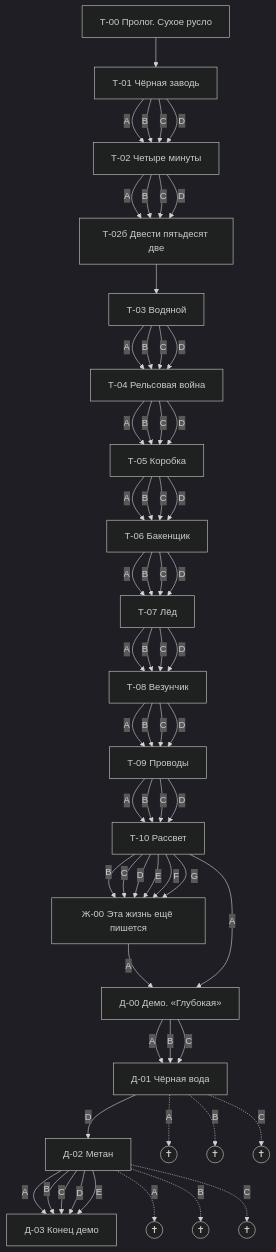
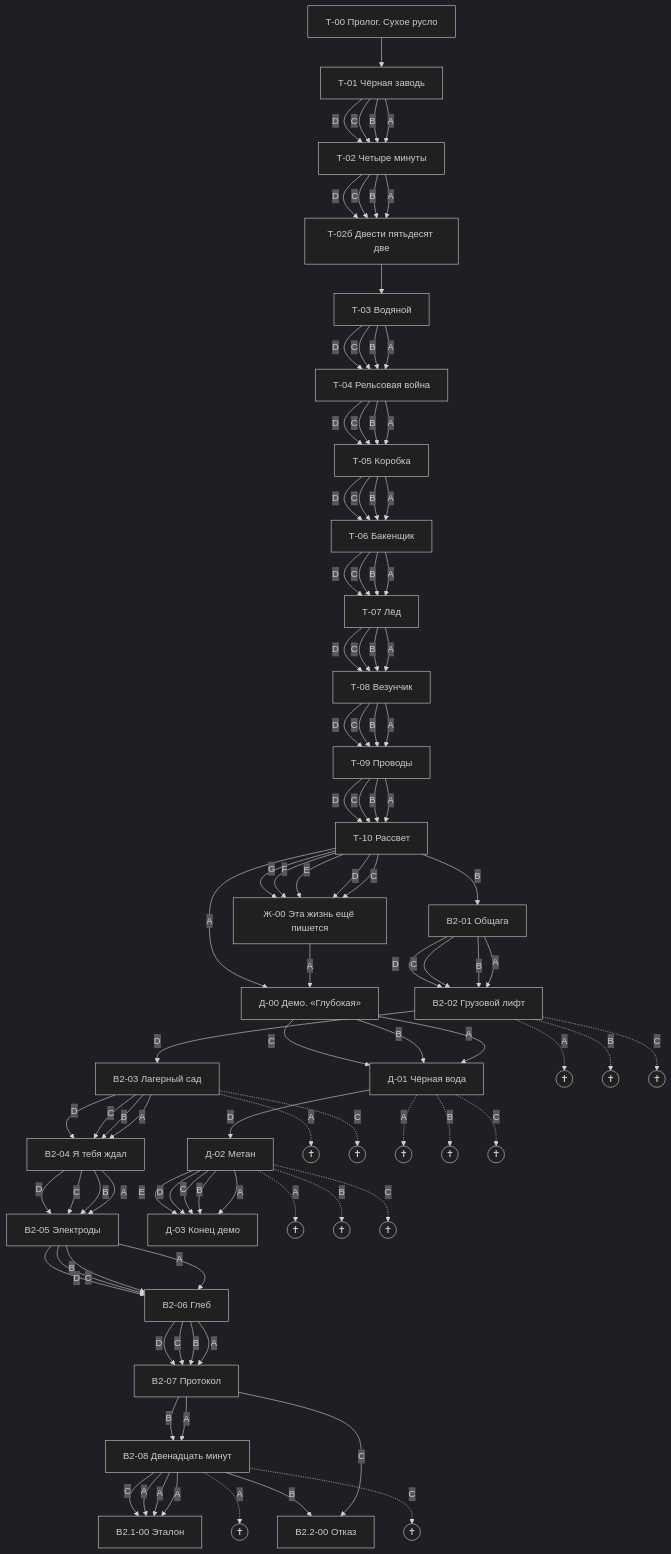
Before and after one commit to Basker24/quantum-quest: the diagram in docs/generated/report.md, drawn with Mermaid (dark theme). The commit also changed other lines of this file and 22 other files, not shown here.

````diff
--- a/docs/generated/report.md
+++ b/docs/generated/report.md
@@ -11,5 +11,15 @@
 ```mermaid
 flowchart TD
+  В2_01["В2-01 Общага"]
+  В2_02["В2-02 Грузовой лифт"]
+  В2_03["В2-03 Лагерный сад"]
+  В2_04["В2-04 Я тебя ждал"]
+  В2_05["В2-05 Электроды"]
+  В2_06["В2-06 Глеб"]
+  В2_07["В2-07 Протокол"]
+  В2_08["В2-08 Двенадцать минут"]
+  В2.1_00["В2.1-00 Эталон"]
+  В2.2_00["В2.2-00 Отказ"]
   Д_00["Д-00 Демо. «Глубокая»"]
   Д_01["Д-01 Чёрная вода"]
   Д_02["Д-02 Метан"]
@@ -27,6 +37,42 @@
   Т_08["Т-08 Везунчик"]
   Т_09["Т-09 Проводы"]
   Т_10["Т-10 Рассвет"]
+  В2_01 -- A --> В2_02
+  В2_01 -- B --> В2_02
+  В2_01 -- C --> В2_02
+  В2_01 -- D --> В2_02
+  В2_02 -. A .-> X_В2_02_A(("✝"))
+  В2_02 -. B .-> X_В2_02_B(("✝"))
+  В2_02 -. C .-> X_В2_02_C(("✝"))
+  В2_02 -- D --> В2_03
+  В2_03 -- A --> В2_04
+  В2_03 -. A .-> X_В2_03_A(("✝"))
+  В2_03 -- B --> В2_04
+  В2_03 -- C --> В2_04
+  В2_03 -. C .-> X_В2_03_C(("✝"))
+  В2_03 -- D --> В2_04
+  В2_04 -- A --> В2_05
+  В2_04 -- B --> В2_05
+  В2_04 -- C --> В2_05
+  В2_04 -- D --> В2_05
+  В2_05 -- A --> В2_06
+  В2_05 -- B --> В2_06
+  В2_05 -- C --> В2_06
+  В2_05 -- D --> В2_06
+  В2_06 -- A --> В2_07
+  В2_06 -- B --> В2_07
+  В2_06 -- C --> В2_07
+  В2_06 -- D --> В2_07
+  В2_07 -- A --> В2_08
+  В2_07 -- B --> В2_08
+  В2_07 -- C --> В2.2_00
+  В2_08 -- A --> В2.1_00
+  В2_08 -- A --> В2.1_00
+  В2_08 -- A --> В2.1_00
+  В2_08 -. A .-> X_В2_08_A(("✝"))
+  В2_08 -- B --> В2.2_00
+  В2_08 -- C --> В2.1_00
+  В2_08 -. C .-> X_В2_08_C(("✝"))
   Д_00 -- A --> Д_01
   Д_00 -- B --> Д_01
   Д_00 -- C --> Д_01
@@ -82,7 +128,7 @@
   Т_09 -- C --> Т_10
   Т_09 -- D --> Т_10
   Т_10 -- A --> Д_00
-  Т_10 -- B --> Ж_00
+  Т_10 -- B --> В2_01
   Т_10 -- C --> Ж_00
   Т_10 -- D --> Ж_00
   Т_10 -- E --> Ж_00
````
